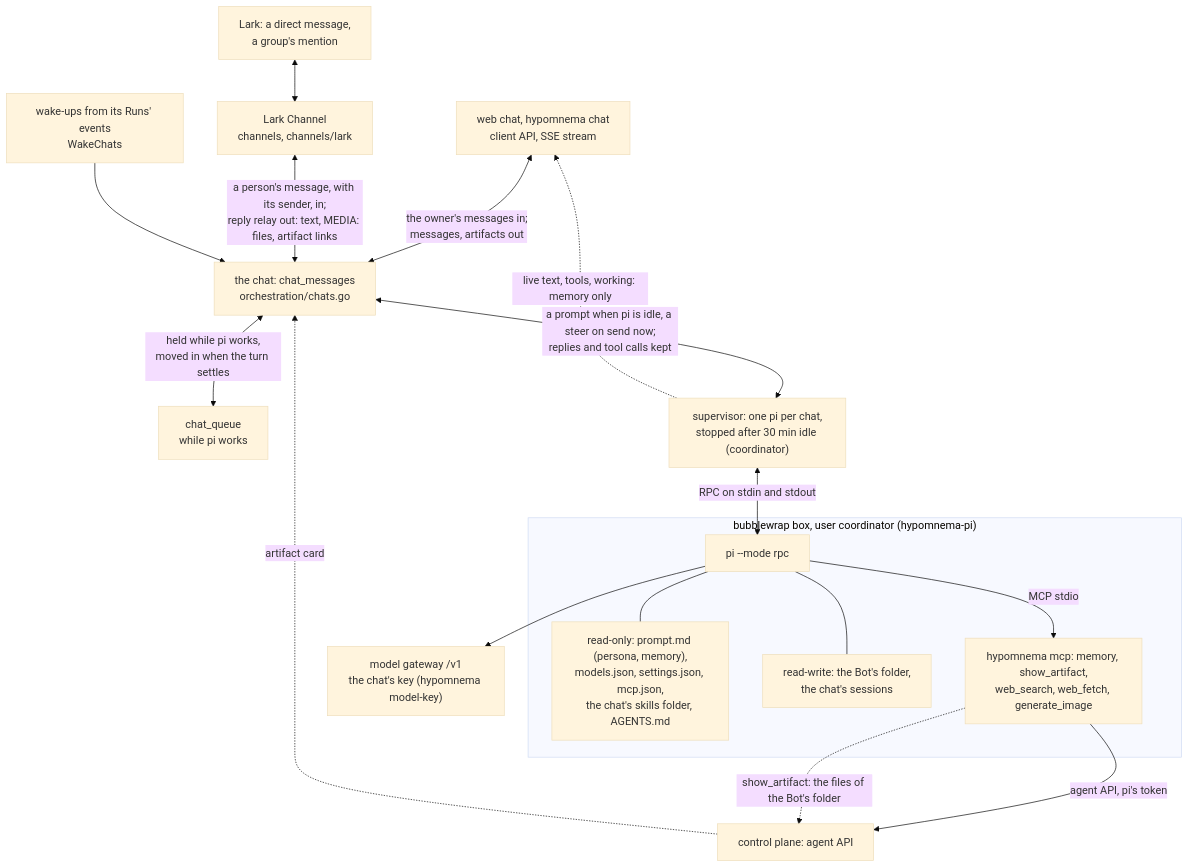
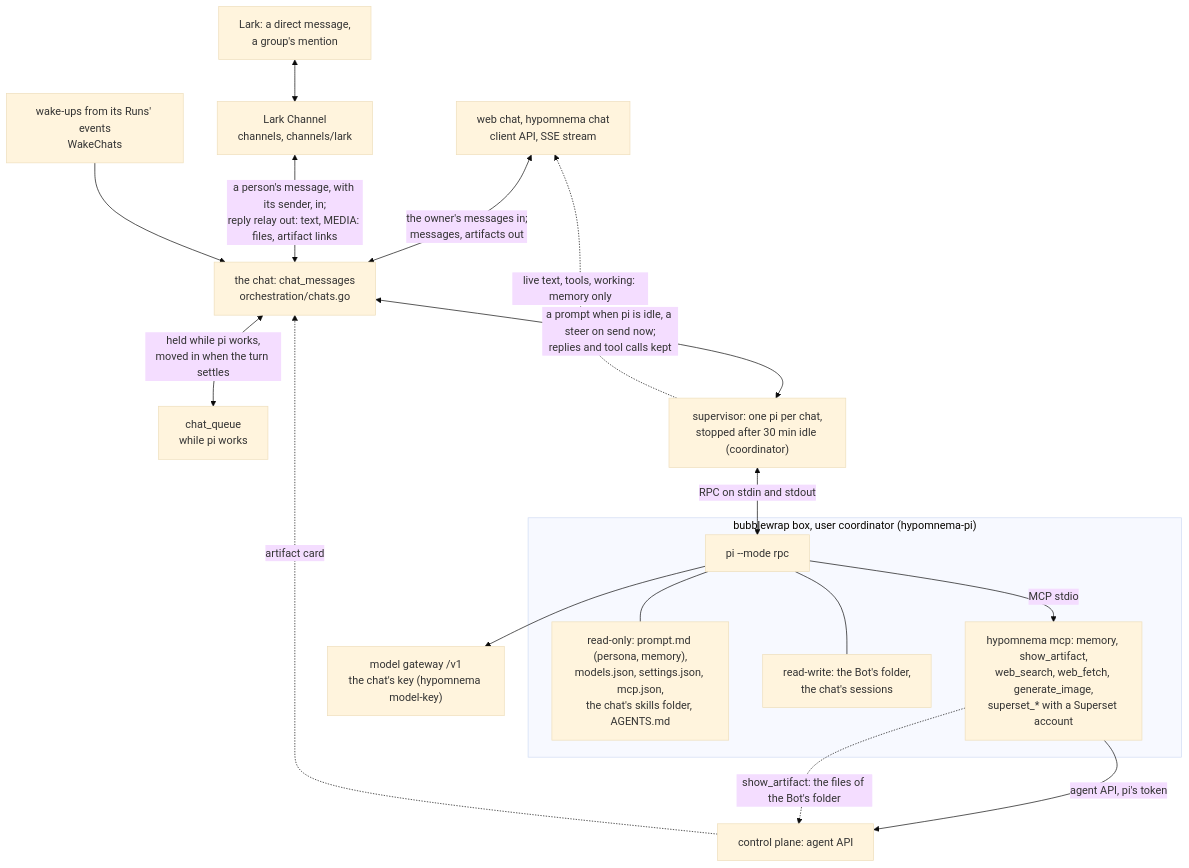
The second of 6 diagrams in ARCHITECTURE.md (kl3inIT/hypomnema), drawn with Mermaid (base theme) before and after one commit. The commit also changed other lines of this file and 18 other files, not shown here.

````diff
--- a/ARCHITECTURE.md
+++ b/ARCHITECTURE.md
@@ -78,33 +78,33 @@
 ```mermaid
 flowchart TB
     WEB["web chat, hypomnema chat<br/>client API, SSE stream"]
     LK["Lark: a direct message,<br/>a group's mention"]
     CH["Lark Channel<br/>channels, channels/lark"]
     CHAT["the chat: chat_messages<br/>orchestration/chats.go"]
     Q["chat_queue<br/>while pi works"]
     WK["wake-ups from its Runs' events<br/>WakeChats"]
     SUP["supervisor: one pi per chat,<br/>stopped after 30 min idle (coordinator)"]
     subgraph BOX["bubblewrap box, user coordinator (hypomnema-pi)"]
         PI["pi --mode rpc"]
         RO["read-only: prompt.md (persona, memory),<br/>models.json, settings.json, mcp.json,<br/>the chat's skills folder, AGENTS.md"]
         RW["read-write: the Bot's folder,<br/>the chat's sessions"]
-        MCP["hypomnema mcp: memory, show_artifact,<br/>web_search, web_fetch, generate_image"]
+        MCP["hypomnema mcp: memory, show_artifact,<br/>web_search, web_fetch, generate_image,<br/>superset_* with a Superset account"]
     end
     GW["model gateway /v1<br/>the chat's key (hypomnema model-key)"]
 
     WEB <-- "the owner's messages in;<br/>messages, artifacts out" --> CHAT
     LK <--> CH
     CH <-- "a person's message, with its sender, in;<br/>reply relay out: text, MEDIA: files, artifact links" --> CHAT
     CHAT <-- "held while pi works,<br/>moved in when the turn settles" --> Q
     WK --> CHAT
     CHAT <-- "a prompt when pi is idle, a steer on send now;<br/>replies and tool calls kept" --> SUP
     SUP <-- "RPC on stdin and stdout" --> PI
     SUP -. "live text, tools, working: memory only" .-> WEB
     PI --- RO
     PI --- RW
     PI -- "MCP stdio" --> MCP
     MCP -- "agent API, pi's token" --> CP["control plane: agent API"]
     PI --> GW
     MCP -. "show_artifact: the files of the Bot's folder" .-> CP
     CP -. "artifact card" .-> CHAT
 ```
````
